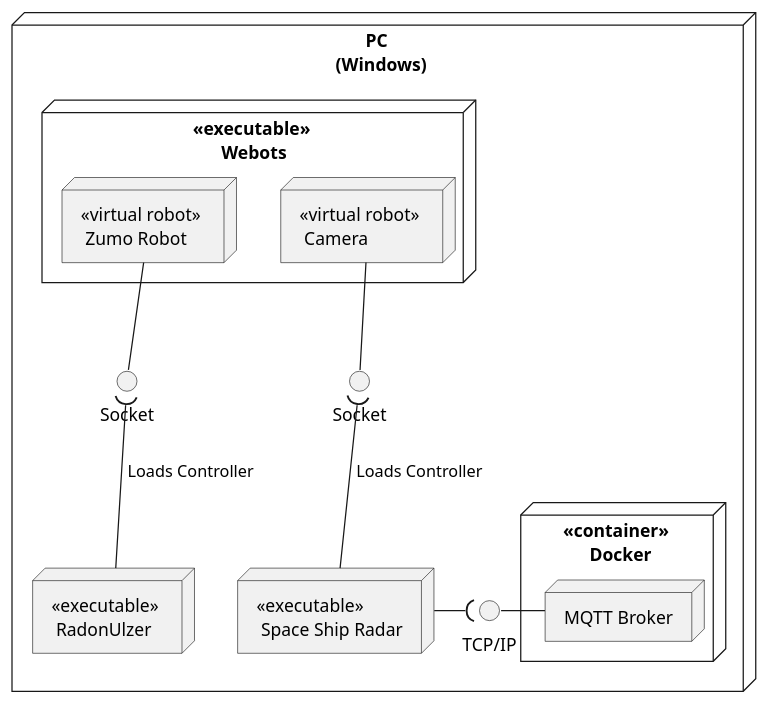
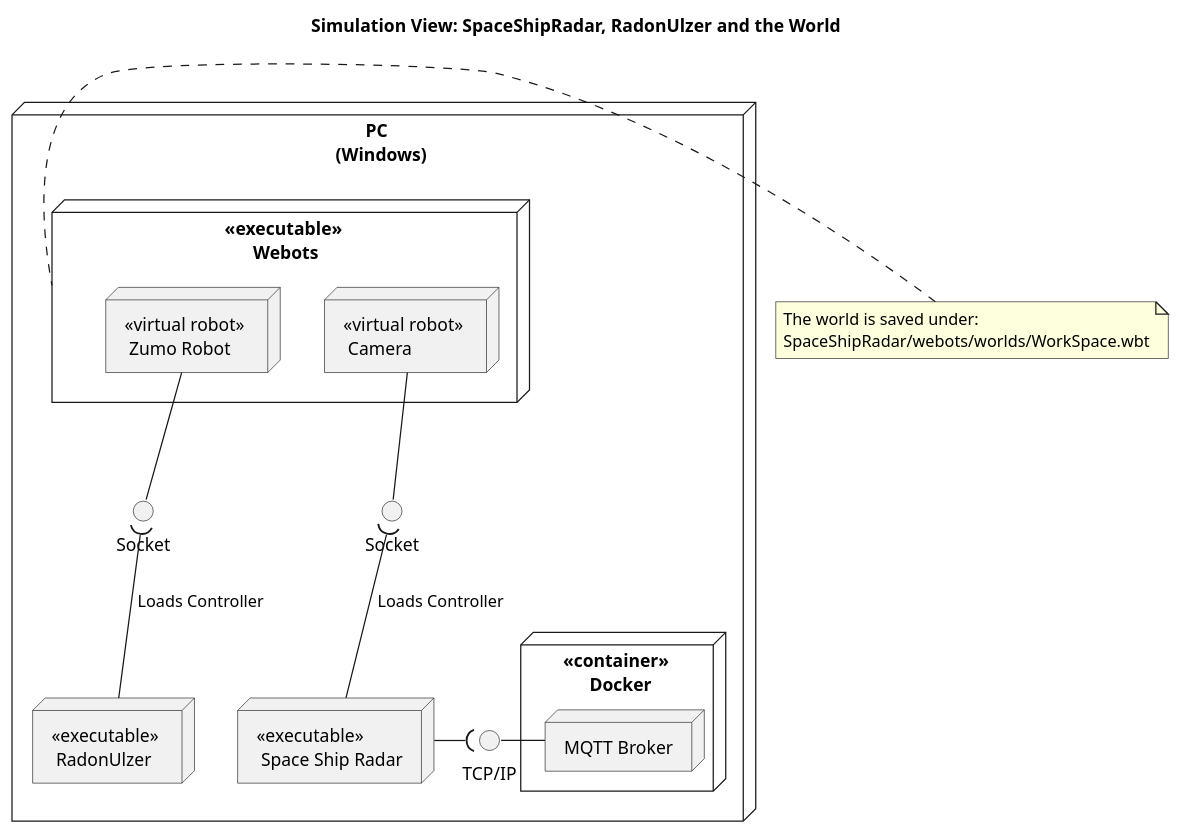
Before and after one commit to NewTec-GmbH/SpaceShipRadar: the diagram in doc/uml/deployment.puml, drawn with PlantUML. The commit also changed 24 other files, not shown here.

Commit message:
updated diagrams

```diff
--- a/doc/uml/deployment.puml
+++ b/doc/uml/deployment.puml
@@ -1,44 +1,42 @@
 @startuml deployment
-' title Simulation View: SpaceShipRadar, RadonUlzer and the World
+title Simulation View: SpaceShipRadar, RadonUlzer and the World
 
 
 node "PC \n (Windows)" {
     node "<<container>> \n Docker" as Docker{
         node "MQTT Broker" as broker
     }
 
     node "<<executable>> \n Webots " as Webots {
         node "<<virtual robot>> \n Zumo Robot" as ZumoRobot
         node "<<virtual robot>> \n Camera" as Camera
     }
-    
-  
 
     node "<<executable>> \n RadonUlzer" as RadonUlzer
     node "<<executable>> \n Space Ship Radar" as SSR
 
     interface "Socket" as iZumoRobotSocket
     interface "Socket" as iZumoComSystemRobotSocket
 
     interface "TCP/IP" as iNetwork
 
 }
 
 
 Camera -- iZumoComSystemRobotSocket
 iZumoComSystemRobotSocket )-- SSR : " Loads Controller"
 
 
 ZumoRobot -- iZumoRobotSocket
 iZumoRobotSocket  )--  RadonUlzer : " Loads Controller"
 
 
 SSR -( iNetwork
 iNetwork -right- broker
 
-' note left of Webots 
-' The world is saved under: 
-' SpaceShipRadar/webots/worlds/WorkSpace.wbt
-' end note
+note left of Webots 
+The world is saved under: 
+SpaceShipRadar/webots/worlds/WorkSpace.wbt
+end note
 
 @enduml
```
